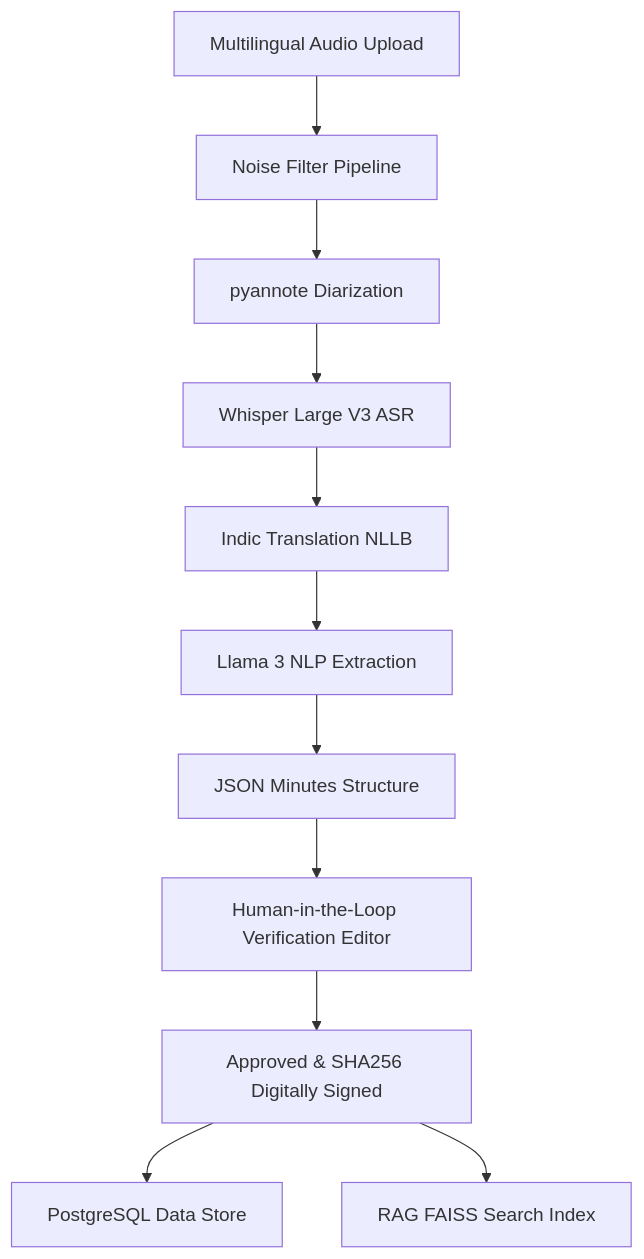
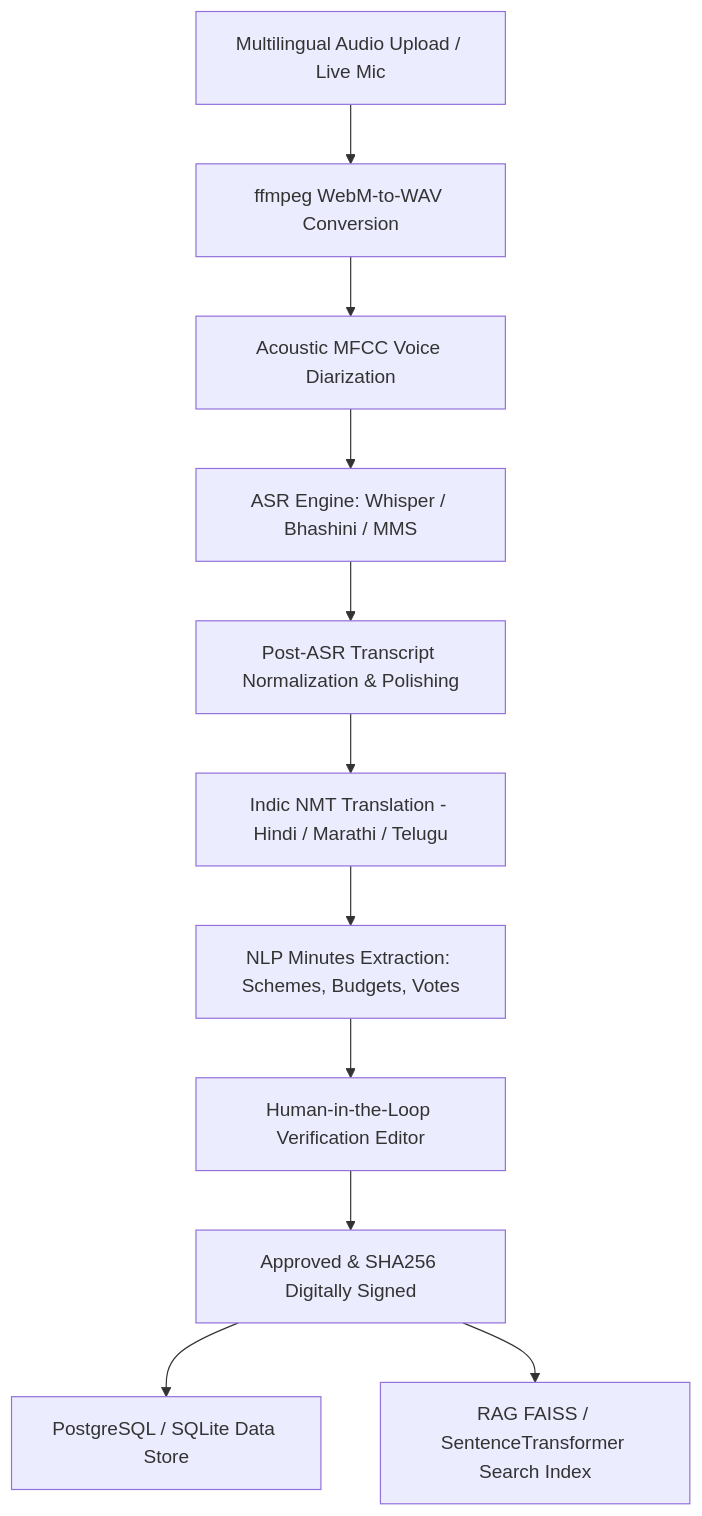
The diagram in README.md (avummdedhiaa24-ship-it/Gram-Sabha-AI-Minutes), drawn with Mermaid before and after one commit. The commit also changed other lines of this file, not shown here.

Commit message:
docs(readme): update README.md with acoustic diarization, Bhashini integration, ASR polishing, and security hardening details

````diff
--- a/README.md
+++ b/README.md
@@ -11,13 +11,13 @@
 ```mermaid
 graph TD
-    A[Multilingual Audio Upload] --> B[Noise Filter Pipeline]
-    B --> C[pyannote Diarization]
-    C --> D[Whisper Large V3 ASR]
-    D --> E[Indic Translation NLLB]
-    E --> F[Llama 3 NLP Extraction]
-    F --> G[JSON Minutes Structure]
+    A[Multilingual Audio Upload / Live Mic] --> B[ffmpeg WebM-to-WAV Conversion]
+    B --> C[Acoustic MFCC Voice Diarization]
+    C --> D[ASR Engine: Whisper / Bhashini / MMS]
+    D --> E[Post-ASR Transcript Normalization & Polishing]
+    E --> F[Indic NMT Translation - Hindi / Marathi / Telugu]
+    F --> G[NLP Minutes Extraction: Schemes, Budgets, Votes]
     G --> H[Human-in-the-Loop Verification Editor]
     H --> I[Approved & SHA256 Digitally Signed]
-    I --> J[PostgreSQL Data Store]
-    I --> K[RAG FAISS Search Index]
+    I --> J[PostgreSQL / SQLite Data Store]
+    I --> K[RAG FAISS / SentenceTransformer Search Index]
 ```
````
